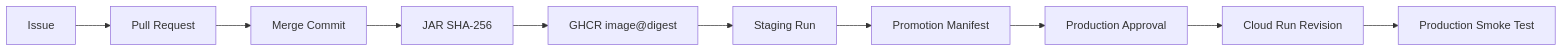
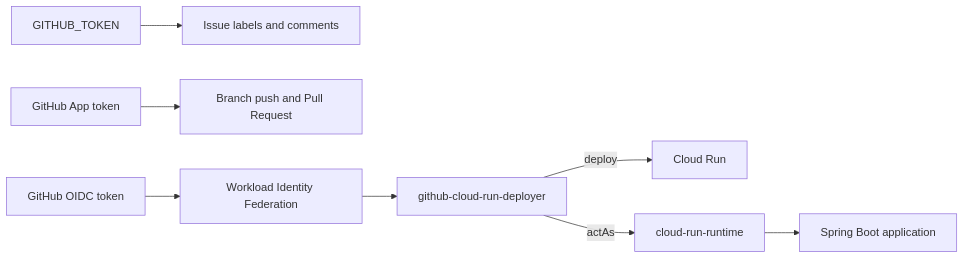
One commit to RodolGiaco/pipeline-orchestrated changed the third of 3 diagrams in README.md. Above: the diagram before and after it, drawn with Mermaid. The commit also changed other lines of this file and 2 other files, not shown here.

````diff
--- a/README.md
+++ b/README.md
@@ -478,12 +223,10 @@
 ```mermaid
 flowchart LR
-    A[Issue] --> B[Pull Request]
-    B --> C[Merge Commit]
-    C --> D[JAR SHA-256]
-    D --> E[GHCR image@digest]
-    E --> F[Staging Run]
-    F --> G[Promotion Manifest]
-    G --> H[Production Approval]
-    H --> I[Cloud Run Revision]
-    I --> J[Production Smoke Test]
+    A[GITHUB_TOKEN] --> B[Issue labels and comments]
+    C[GitHub App token] --> D[Branch push and Pull Request]
+    E[GitHub OIDC token] --> F[Workload Identity Federation]
+    F --> G[github-cloud-run-deployer]
+    G -->|deploy| H[Cloud Run]
+    G -->|actAs| I[cloud-run-runtime]
+    I --> J[Spring Boot application]
 ```
````
